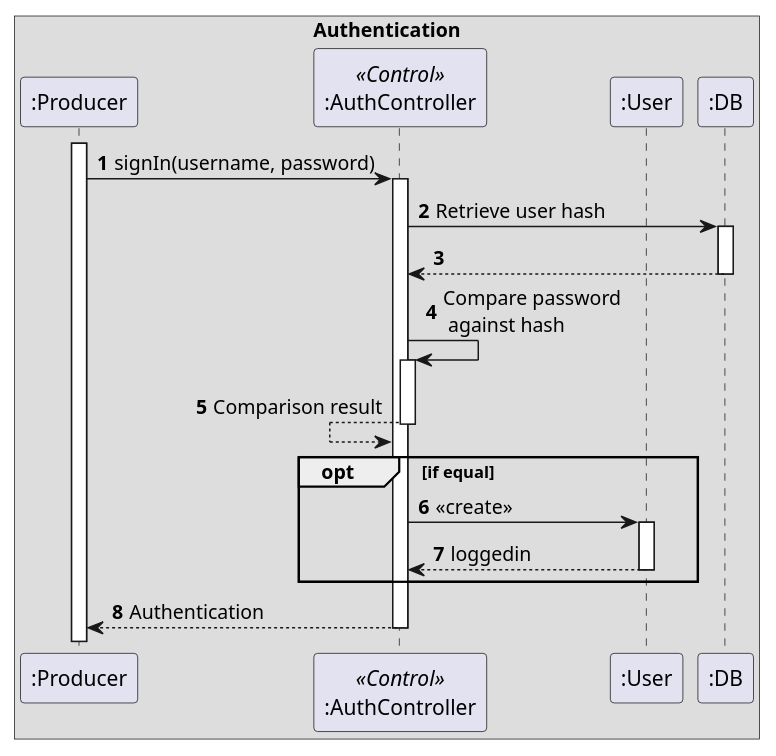
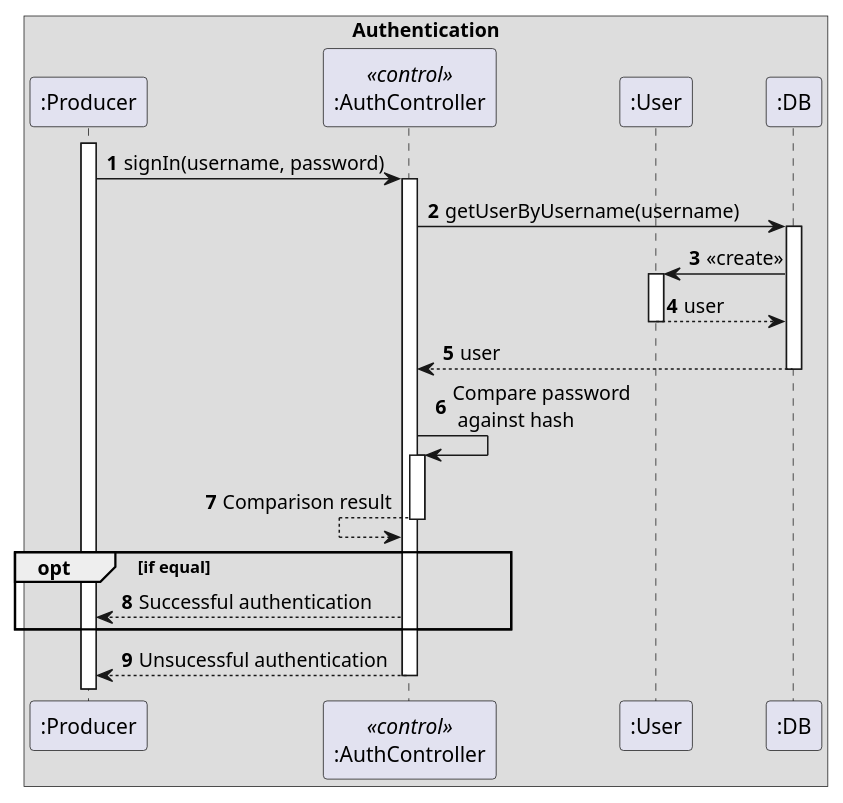
Before and after one commit to amatzen/SE02-SE-G02-SPRO: the diagram in uml/sequence_diagrams/operation/authentication.puml, drawn with PlantUML. The commit also changed 3 other files, not shown here.

```diff
--- a/uml/sequence_diagrams/operation/authentication.puml
+++ b/uml/sequence_diagrams/operation/authentication.puml
@@ -1,35 +1,36 @@
 @startuml
 ' https://plantuml.com/sequence-diagram
 
 autonumber
 
 box "Authentication"
     participant ":Producer" as producer
-    participant ":AuthController" as authController <<Control>>
+    participant ":AuthController" as authController <<control>>
     participant ":User" as user
     participant ":DB" as db
 end box
 
 activate producer
 producer -> authController : signIn(username, password)
 activate authController
-authController -> db : Retrieve user hash
+authController -> db : getUserByUsername(username)
 activate db
-authController <-- db
+db -> user : <<create>>
+activate user
+db <-- user : user
+deactivate user
+authController <-- db : user
 deactivate db
 
 authController -> authController : Compare password\n against hash
 activate authController
 authController <-- authController : Comparison result
 deactivate authController
 
 opt if equal
-authController -> user : <<create>>
-activate user
-authController <-- user : loggedin
-deactivate user
+authController --> producer : Successful authentication
 end
-producer <-- authController : Authentication
+producer <-- authController : Unsucessful authentication
 deactivate authController
 
 @enduml
```
